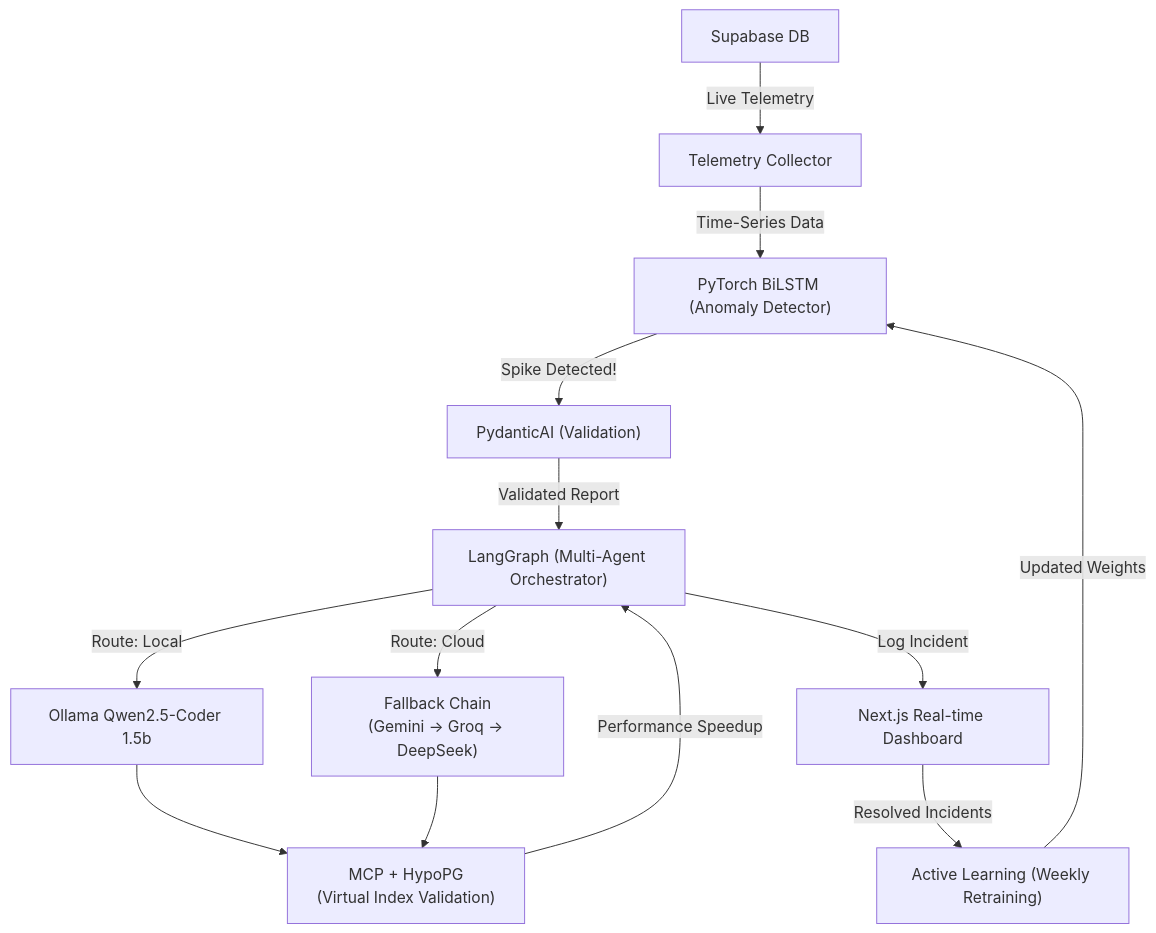
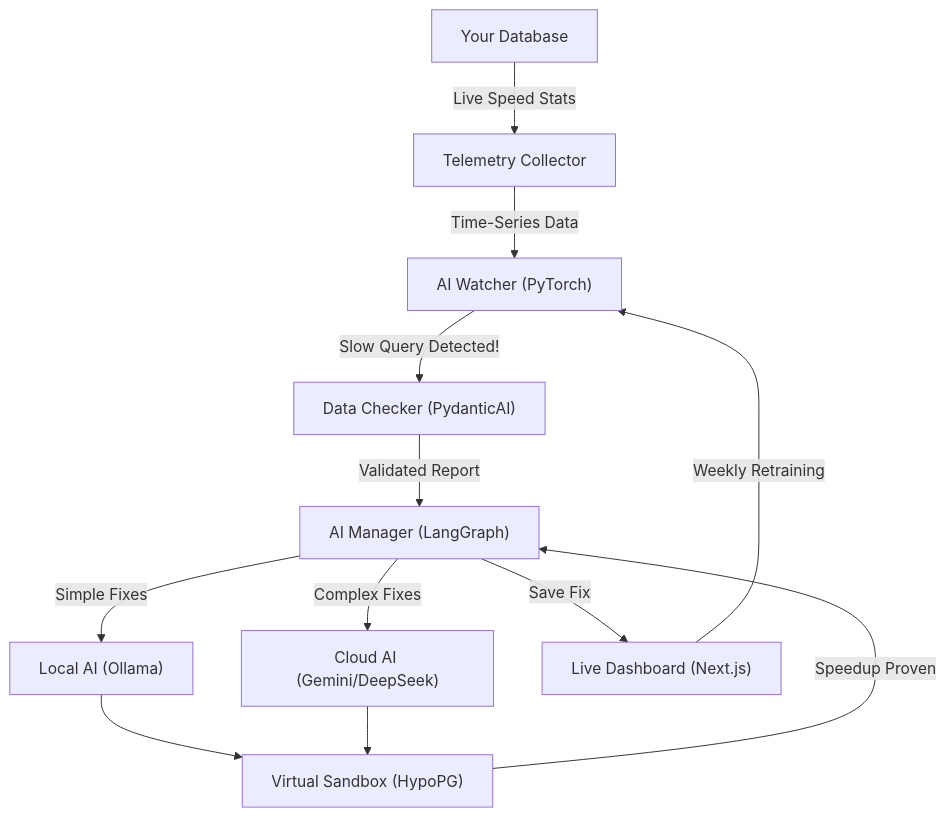
Before and after one commit to AnustupMaity/apex-aiops: the diagram in README.md, drawn with Mermaid. The commit also changed other lines of this file, not shown here.

````diff
--- a/README.md
+++ b/README.md
@@ -23,18 +38,17 @@
 ```mermaid
 graph TD
-    A["Supabase DB"] -->|Live Telemetry| B["Telemetry Collector"]
-    B -->|Time-Series Data| C["PyTorch BiLSTM (Anomaly Detector)"]
-    C -->|Spike Detected!| D["PydanticAI (Validation)"]
-    D -->|Validated Report| E["LangGraph (Multi-Agent Orchestrator)"]
+    A["Your Database"] -->|Live Speed Stats| B["Telemetry Collector"]
+    B -->|Time-Series Data| C["AI Watcher (PyTorch)"]
+    C -->|Slow Query Detected!| D["Data Checker (PydanticAI)"]
+    D -->|Validated Report| E["AI Manager (LangGraph)"]
     
-    E -->|Route: Local| F["Ollama Qwen2.5-Coder 1.5b"]
-    E -->|Route: Cloud| G["Fallback Chain<br/>(Gemini → Groq → DeepSeek)"]
+    E -->|Simple Fixes| F["Local AI (Ollama)"]
+    E -->|Complex Fixes| G["Cloud AI (Gemini/DeepSeek)"]
     
-    F --> H["MCP + HypoPG<br/>(Virtual Index Validation)"]
+    F --> H["Virtual Sandbox (HypoPG)"]
     G --> H
     
-    H -->|Performance Speedup| E
-    E -->|Log Incident| I["Next.js Real-time Dashboard"]
-    I -->|Resolved Incidents| J["Active Learning (Weekly Retraining)"]
-    J -->|Updated Weights| C
+    H -->|Speedup Proven| E
+    E -->|Save Fix| I["Live Dashboard (Next.js)"]
+    I -->|Weekly Retraining| C
 ```
````
